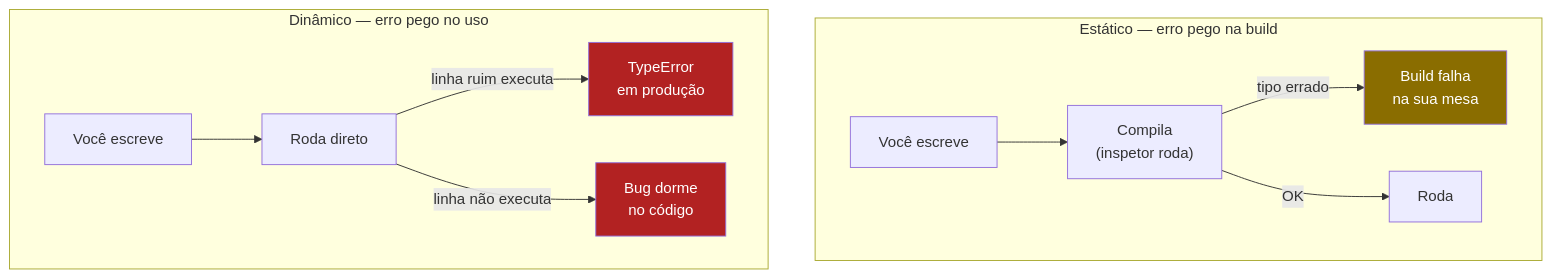
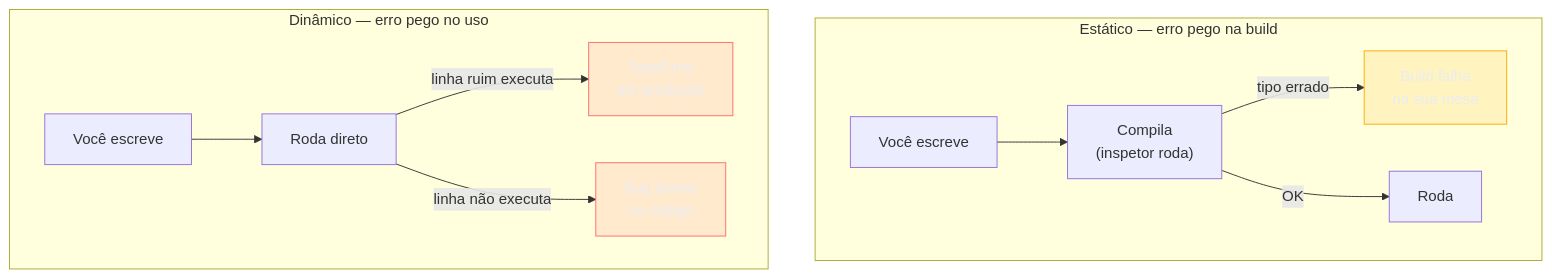
One commit to josenaldo/codex-technomanticus changed the second of 5 diagrams in 03-Dominios/Ciência/Paradigmas/13 - Sistemas de tipos.md. Above: the diagram before and after it, drawn with Mermaid. The commit also changed other lines of this file and 1181 other files, not shown here.

First line of the commit message:
fix(diagramas): paleta do sistema no lugar de cor cravada no markdown

````diff
--- a/03-Dominios/Ciência/Paradigmas/13 - Sistemas de tipos.md
+++ b/03-Dominios/Ciência/Paradigmas/13 - Sistemas de tipos.md
@@ -64,16 +67,18 @@
 ```mermaid
 flowchart TB
+    classDef destaque fill:#FFAA0024,stroke:#FFAA00,color:#E9ECF2
+    classDef falha fill:#FF6B6B24,stroke:#FF6B6B,color:#E9ECF2
     subgraph EST["Estático — erro pego na build"]
         E1["Você escreve"] --> E2["Compila<br/>(inspetor roda)"]
         E2 -->|"tipo errado"| E3["Build falha<br/>na sua mesa"]
         E2 -->|"OK"| E4["Roda"]
     end
     subgraph DIN["Dinâmico — erro pego no uso"]
         D1["Você escreve"] --> D2["Roda direto"]
         D2 -->|"linha ruim executa"| D3["TypeError<br/>em produção"]
         D2 -->|"linha não executa"| D4["Bug dorme<br/>no código"]
     end
-    style E3 fill:#8a6d00,color:#fff
-    style D3 fill:#b22222,color:#fff
-    style D4 fill:#b22222,color:#fff
+    class E3 destaque
+    class D3 falha
+    class D4 falha
 ```
````
